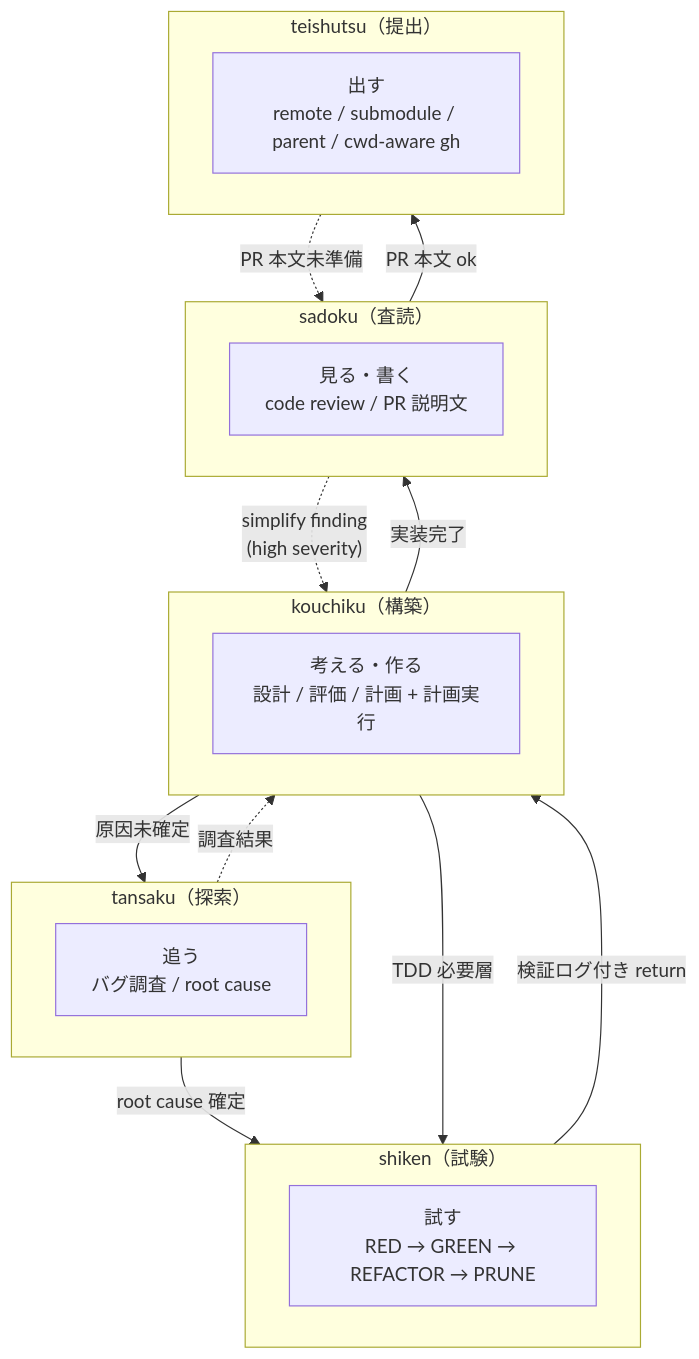
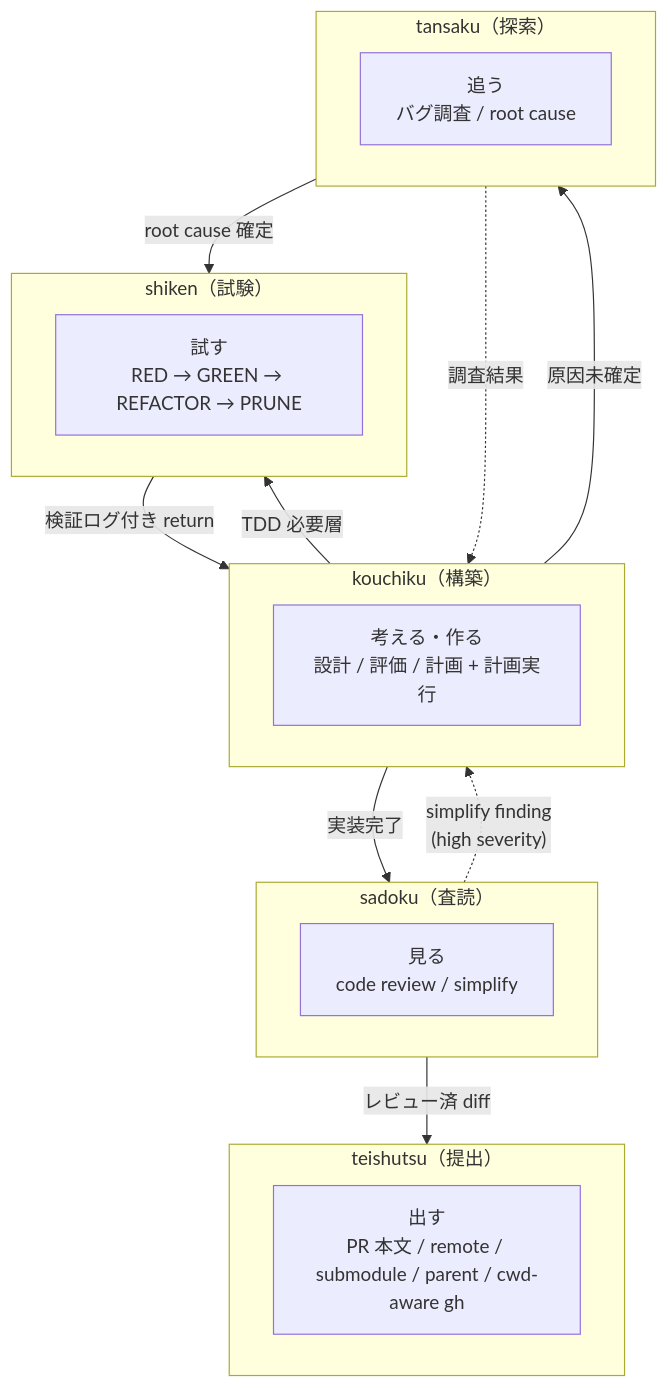
Before and after one commit to hayashiii-ghub/hikizan: the first of 10 diagrams in docs/workflow.md, drawn with Mermaid. The commit also changed other lines of this file and 11 other files, not shown here.

````diff
--- a/docs/workflow.md
+++ b/docs/workflow.md
@@ -32,28 +32,27 @@
 ```mermaid
 flowchart TB
   subgraph BUILD["kouchiku（構築）"]
     K["考える・作る<br/>設計 / 評価 / 計画 + 計画実行"]
   end
   subgraph TEST["shiken（試験）"]
     S["試す<br/>RED → GREEN → REFACTOR → PRUNE"]
   end
   subgraph REVIEW["sadoku（査読）"]
-    R["見る・書く<br/>code review / PR 説明文"]
+    R["見る<br/>code review / simplify"]
   end
   subgraph HUNT["tansaku（探索）"]
     T["追う<br/>バグ調査 / root cause"]
   end
   subgraph SUBMIT["teishutsu（提出）"]
-    M["出す<br/>remote / submodule / parent / cwd-aware gh"]
+    M["出す<br/>PR 本文 / remote / submodule / parent / cwd-aware gh"]
   end
 
   BUILD -->|"原因未確定"| HUNT
   HUNT -->|"root cause 確定"| TEST
   HUNT -.->|"調査結果"| BUILD
   BUILD -->|"TDD 必要層"| TEST
   TEST -->|"検証ログ付き return"| BUILD
   BUILD -->|"実装完了"| REVIEW
   REVIEW -.->|"simplify finding<br/>(high severity)"| BUILD
-  REVIEW -->|"PR 本文 ok"| SUBMIT
-  SUBMIT -.->|"PR 本文未準備"| REVIEW
+  REVIEW -->|"レビュー済 diff"| SUBMIT
 ```
````
